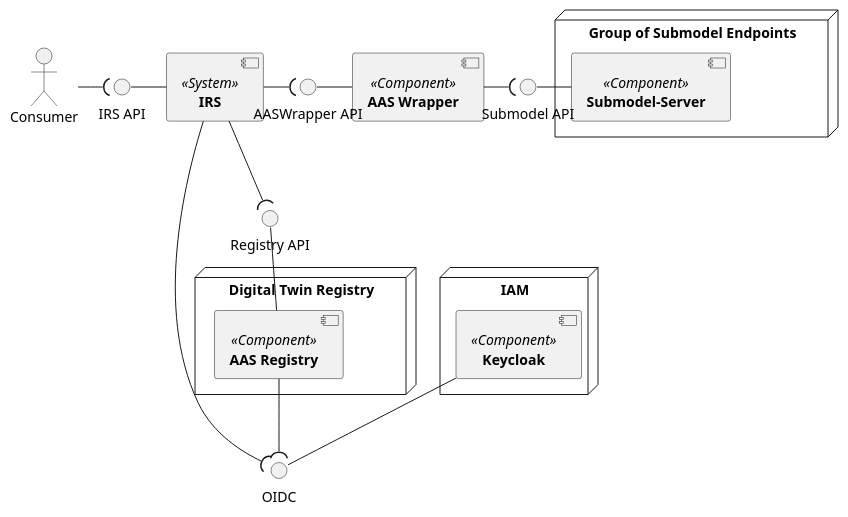
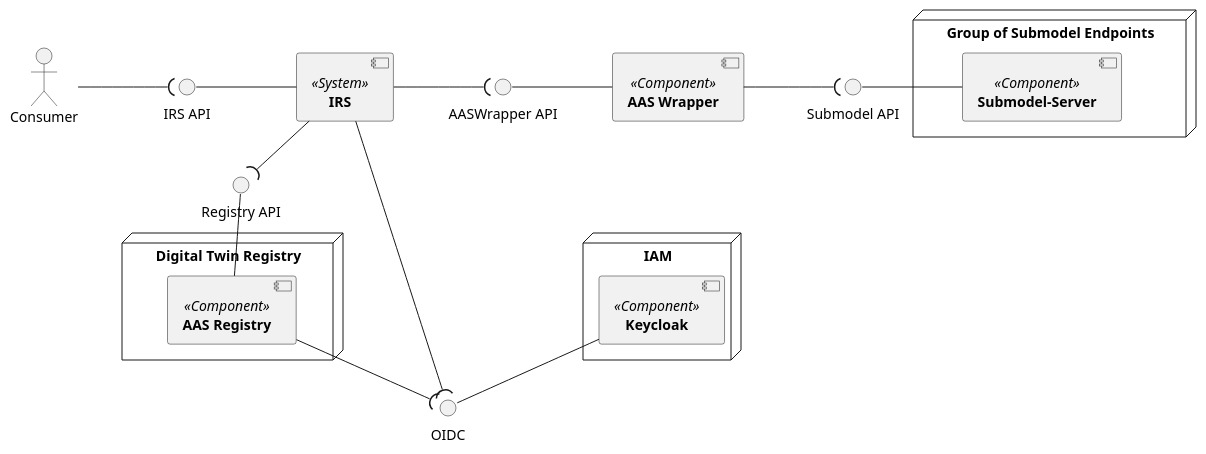
The diagram in uml-diagramms/irs-overall-system-view.puml (eclipse-tractusx/item-relationship-service), drawn with PlantUML before and after one commit.

Commit message:
chore(uml):[TRI-491] Update layout of technical context

```diff
--- a/uml-diagramms/irs-overall-system-view.puml
+++ b/uml-diagramms/irs-overall-system-view.puml
@@ -1,38 +1,41 @@
 @startuml 
 skinparam monochrome true
 skinparam shadowing false
+skinparam nodesep 100
+skinparam ranksep 20
 
 [**IRS**] <<System>> as IRS
 
 [**AAS Wrapper**] <<Component>> as AASW
 
 
+
 node "Digital Twin Registry" {
     [**AAS Registry**] <<Component>> as AASR
+}
+node "Group of Submodel Endpoints" {
+  [**Submodel-Server**] <<Component>> as SN
 }
 node "IAM" {
     [**Keycloak**] <<Component>> as KIAM
 }
-node "Group of Submodel Endpoints" {
-  [**Submodel-Server**] <<Component>> as SN
-}
+actor Consumer
 
-actor Consumer
 interface "IRS API" as IAPI
-interface "OIDC" as IAMAPI
 interface "AASWrapper API" as IAASW
 interface "Registry API" as IRAPI
 interface "Submodel API" as ISubModelAPI
+interface "OIDC" as IAMAPI
 
 Consumer -( IAPI
 IAPI - IRS
 IAASW - AASW
 IRS -( IAASW
 ISubModelAPI - SN
 AASW -( ISubModelAPI
 IRS --( IRAPI
 IRAPI -- AASR
-IRS --( IAMAPI
+IRS --down( IAMAPI
 AASR --( IAMAPI
 KIAM -- IAMAPI
 @enduml
```
